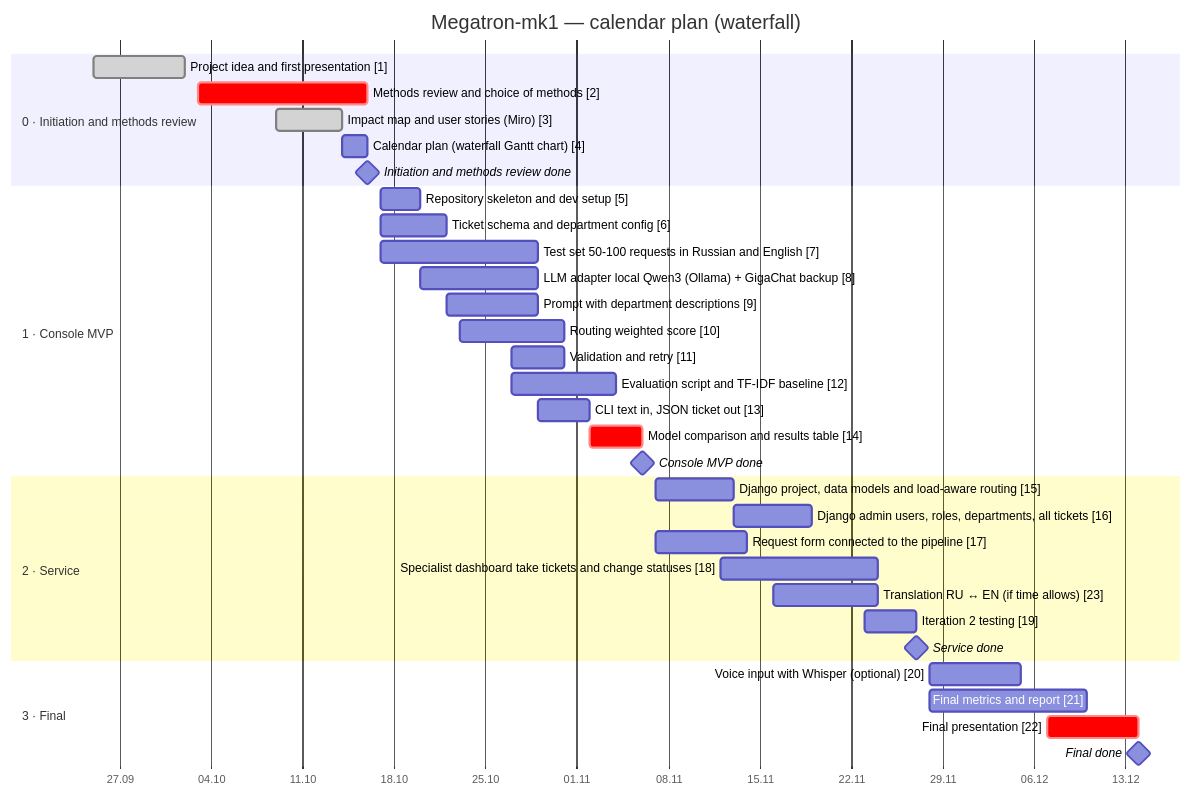
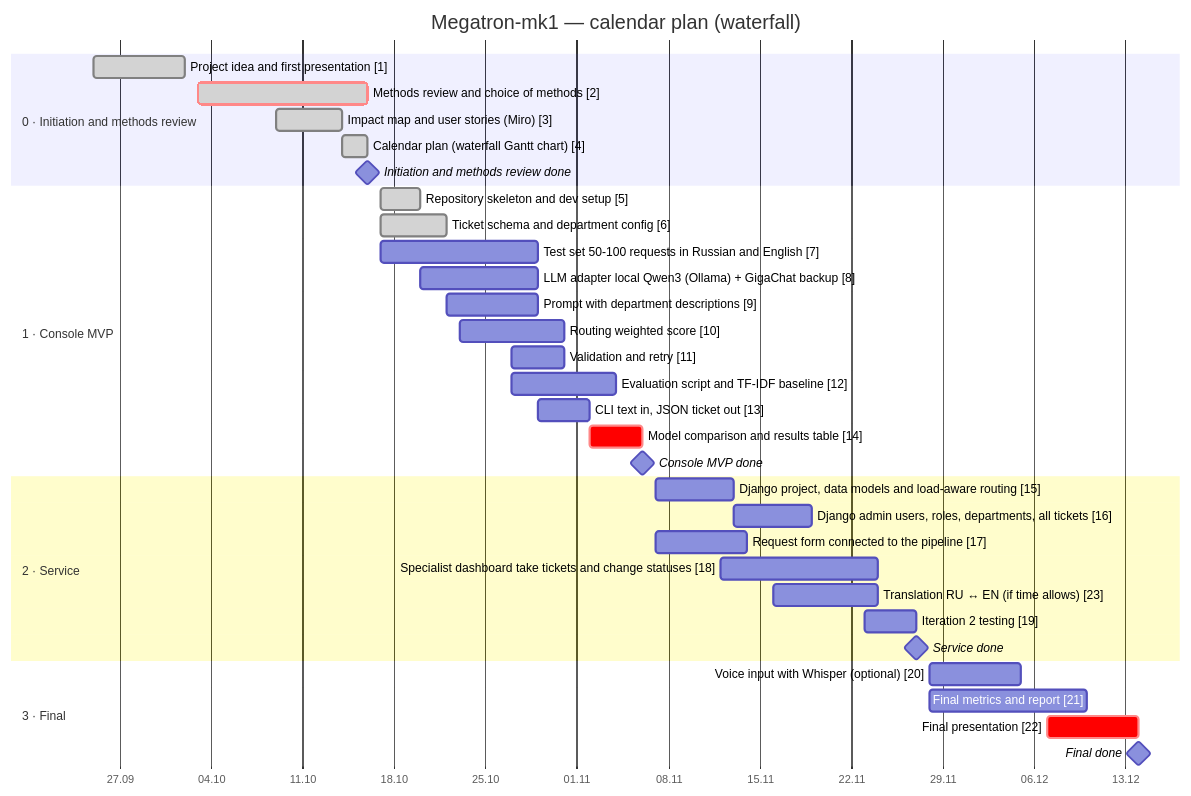
The diagram in README.md (Leenday/support_megatron_mk1), drawn with Mermaid before and after one commit. The commit also changed other lines of this file, not shown here.

Commit message:
docs: mark tasks #2, #4, #5 and #6 done in the calendar plan
Refs #4

````diff
--- a/README.md
+++ b/README.md
@@ -45,38 +45,38 @@
 ```mermaid
 gantt
     title Megatron-mk1 — calendar plan (waterfall)
     dateFormat YYYY-MM-DD
     axisFormat %d.%m
     todayMarker on
     section 0 · Initiation and methods review
     Project idea and first presentation [1] :done, t1, 2026-09-25, 2026-10-02
-    Methods review and choice of methods [2] :crit, t2, 2026-10-03, 2026-10-16
+    Methods review and choice of methods [2] :done, crit, t2, 2026-10-03, 2026-10-16
     Impact map and user stories (Miro) [3] :done, t3, 2026-10-09, 2026-10-14
-    Calendar plan (waterfall Gantt chart) [4] :t4, 2026-10-14, 2026-10-16
+    Calendar plan (waterfall Gantt chart) [4] :done, t4, 2026-10-14, 2026-10-16
     Initiation and methods review done :milestone, m0, 2026-10-16, 0d
     section 1 · Console MVP
-    Repository skeleton and dev setup [5] :t5, 2026-10-17, 2026-10-20
-    Ticket schema and department config [6] :t6, 2026-10-17, 2026-10-22
+    Repository skeleton and dev setup [5] :done, t5, 2026-10-17, 2026-10-20
+    Ticket schema and department config [6] :done, t6, 2026-10-17, 2026-10-22
     Test set 50-100 requests in Russian and English [7] :t7, 2026-10-17, 2026-10-29
     LLM adapter local Qwen3 (Ollama) + GigaChat backup [8] :t8, 2026-10-20, 2026-10-29
     Prompt with department descriptions [9] :t9, 2026-10-22, 2026-10-29
     Routing weighted score [10] :t10, 2026-10-23, 2026-10-31
     Validation and retry [11] :t11, 2026-10-27, 2026-10-31
     Evaluation script and TF-IDF baseline [12] :t12, 2026-10-27, 2026-11-04
     CLI text in, JSON ticket out [13] :t13, 2026-10-29, 2026-11-02
     Model comparison and results table [14] :crit, t14, 2026-11-02, 2026-11-06
     Console MVP done :milestone, m1, 2026-11-06, 0d
     section 2 · Service
     Django project, data models and load-aware routing [15] :t15, 2026-11-07, 2026-11-13
     Django admin users, roles, departments, all tickets [16] :t16, 2026-11-13, 2026-11-19
     Request form connected to the pipeline [17] :t17, 2026-11-07, 2026-11-14
     Specialist dashboard take tickets and change statuses [18] :t18, 2026-11-12, 2026-11-24
     Translation RU ↔ EN (if time allows) [23] :t23, 2026-11-16, 2026-11-24
     Iteration 2 testing [19] :t19, 2026-11-23, 2026-11-27
     Service done :milestone, m2, 2026-11-27, 0d
     section 3 · Final
     Voice input with Whisper (optional) [20] :t20, 2026-11-28, 2026-12-05
     Final metrics and report [21] :t21, 2026-11-28, 2026-12-10
     Final presentation [22] :crit, t22, 2026-12-07, 2026-12-14
     Final done :milestone, m3, 2026-12-14, 0d
 ```
````
